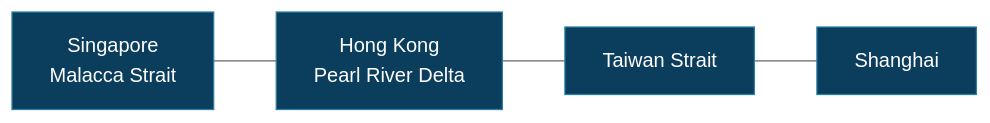
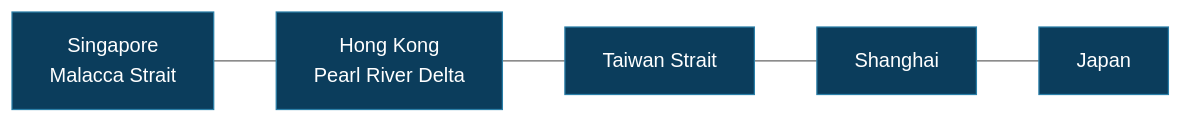
The first of 2 diagrams in README.md (wilws/maritime_tracking), drawn with Mermaid (neutral theme) before and after one commit. The commit also changed other lines of this file, not shown here.

````diff
--- a/README.md
+++ b/README.md
@@ -11,9 +14,10 @@
 ```mermaid
 flowchart LR
     SG["Singapore<br/>Malacca Strait"] --- HK["Hong Kong<br/>Pearl River Delta"]
     HK --- TW["Taiwan Strait"]
     TW --- SH["Shanghai"]
+    SH --- JP["Japan"]
 
     classDef port fill:#0b3d5c,stroke:#2a7fa8,color:#ffffff
-    class SG,HK,TW,SH port
+    class SG,HK,TW,SH,JP port
 ```
````
